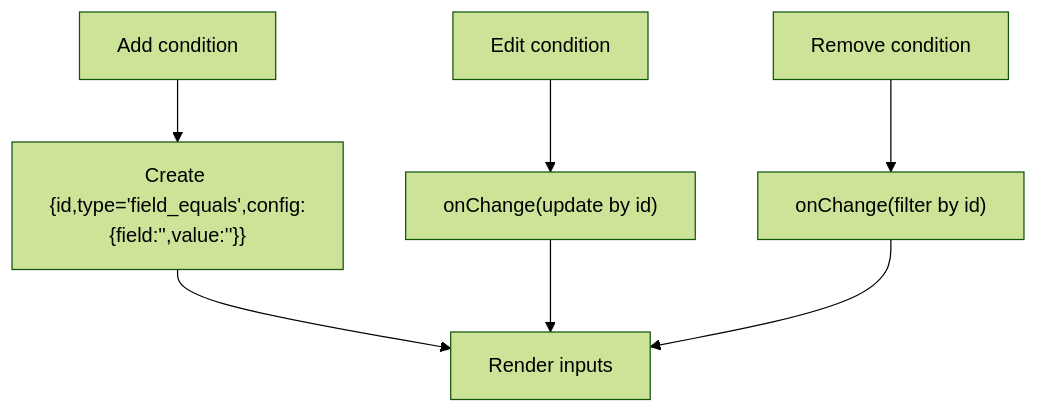
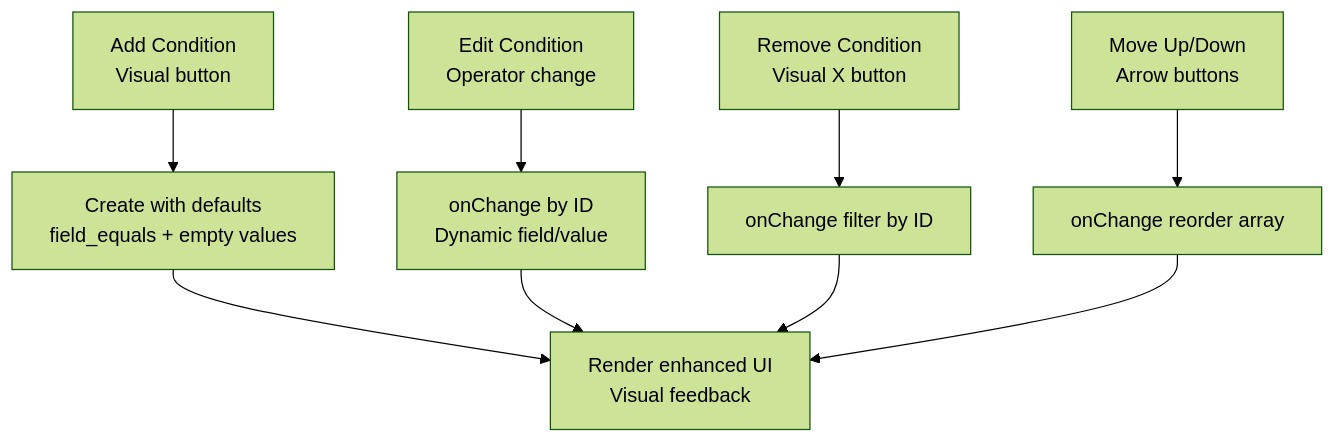
One commit to gastaldellomarco/pcReady changed the fifth of 10 diagrams in .qoder/repowiki/en/content/Automation System/Automation Flow Builder.md. Above: the diagram before and after it, drawn with Mermaid (forest theme). The commit also changed other lines of this file and 19 other files, not shown here.

First line of the commit message:
feat(automation): enhance Automation Flow Builder with dual-mode design and advanced UI

````diff
--- a/.qoder/repowiki/en/content/Automation System/Automation Flow Builder.md
+++ b/.qoder/repowiki/en/content/Automation System/Automation Flow Builder.md
@@ -220,9 +280,11 @@
 ```mermaid
 flowchart TD
-Add["Add condition"] --> Init["Create {id,type='field_equals',config:{field:'',value:''}}"]
-Edit["Edit condition"] --> Update["onChange(update by id)"]
-Remove["Remove condition"] --> Filter["onChange(filter by id)"]
-Init --> Render["Render inputs"]
+Add["Add Condition<br/>Visual button"] --> Init["Create with defaults<br/>field_equals + empty values"]
+Edit["Edit Condition<br/>Operator change"] --> Update["onChange by ID<br/>Dynamic field/value"]
+Remove["Remove Condition<br/>Visual X button"] --> Filter["onChange filter by ID"]
+Move["Move Up/Down<br/>Arrow buttons"] --> Reorder["onChange reorder array"]
+Init --> Render["Render enhanced UI<br/>Visual feedback"]
 Update --> Render
 Filter --> Render
+Reorder --> Render
 ```
````
